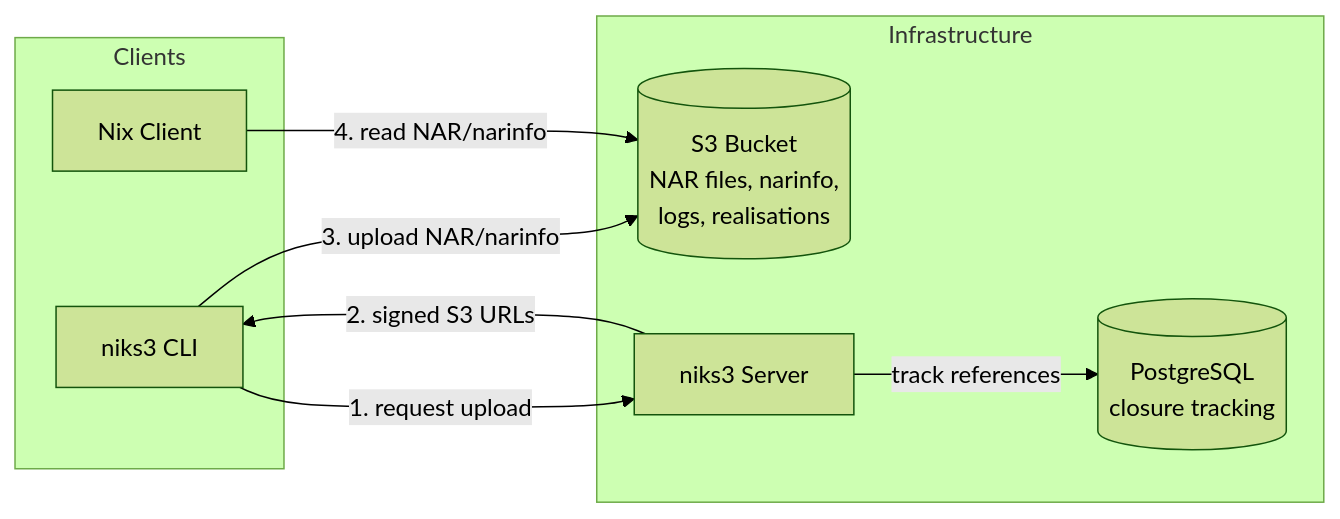
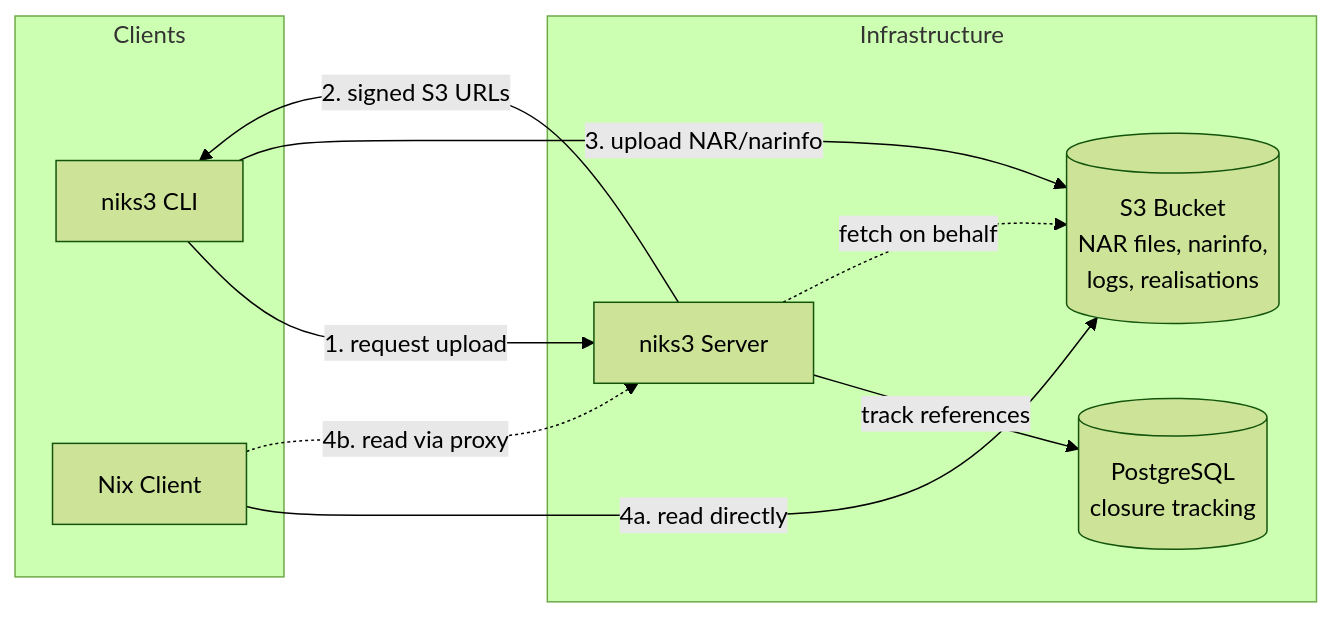
Before and after one commit to Mic92/niks3: the diagram in README.md, drawn with Mermaid (forest theme). The commit also changed other lines of this file and 7 other files, not shown here.

First line of the commit message:
server: add optional S3 read proxy for private buckets

````diff
--- a/README.md
+++ b/README.md
@@ -15,19 +15,21 @@
 ```mermaid
 flowchart LR
     subgraph Clients
         niks3cli[niks3 CLI]
         nix[Nix Client]
     end
 
     subgraph Infrastructure
         s3[(S3 Bucket<br/>NAR files, narinfo,<br/>logs, realisations)]
         niks3[niks3 Server]
         db[(PostgreSQL<br/>closure tracking)]
     end
 
     niks3cli -->|1. request upload| niks3
     niks3 -->|2. signed S3 URLs| niks3cli
     niks3cli -->|3. upload NAR/narinfo| s3
     niks3 -->|track references| db
-    nix -->|4. read NAR/narinfo| s3
+    nix -->|4a. read directly| s3
+    nix -.->|4b. read via proxy| niks3
+    niks3 -.->|fetch on behalf| s3
 ```
````
